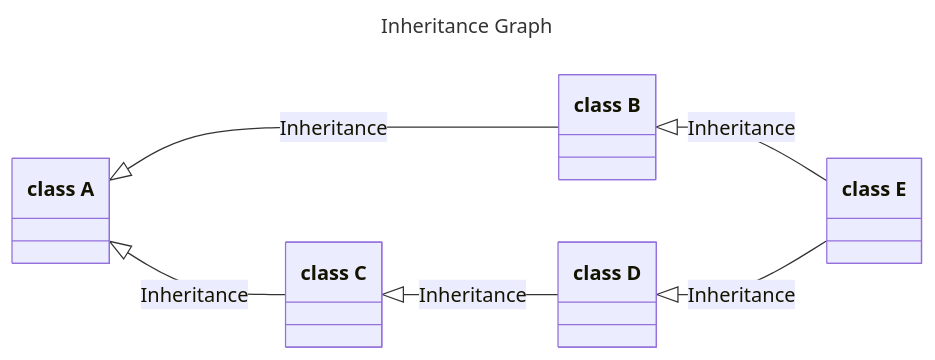
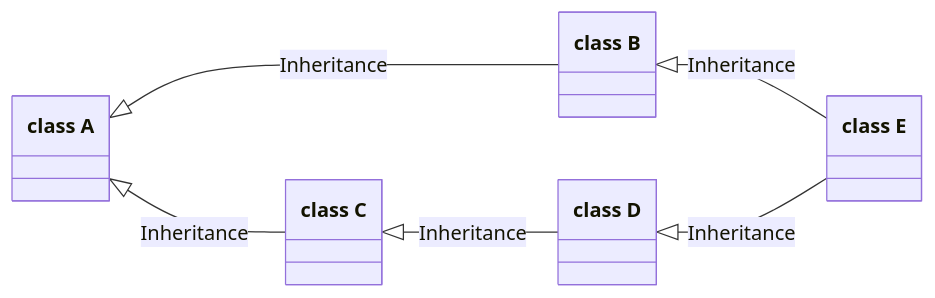
One commit to IdioticProgramApe/IdioticProgramApe.github.io changed the diagram in _posts/2022-11-23-metaclasses.md. Above: the diagram before and after it, drawn with Mermaid. The commit also changed 1 other file, not shown here.

Commit message:
remove graph titles, seems conflicts with Jekyll

````diff
--- a/_posts/2022-11-23-metaclasses.md
+++ b/_posts/2022-11-23-metaclasses.md
@@ -202,20 +202,16 @@
 ```mermaid
----
-title: Inheritance Graph
----
-
 classDiagram
 	direction LR
 
 	class A["class A"]
 	class B["class B"]
 	class C["class C"]
 	class D["class D"]
 	class E["class E"]
 	
     A <|-- B : Inheritance
     A <|-- C : Inheritance
     C <|-- D : Inheritance
     B <|-- E : Inheritance
     D <|-- E : Inheritance
 ```
````
